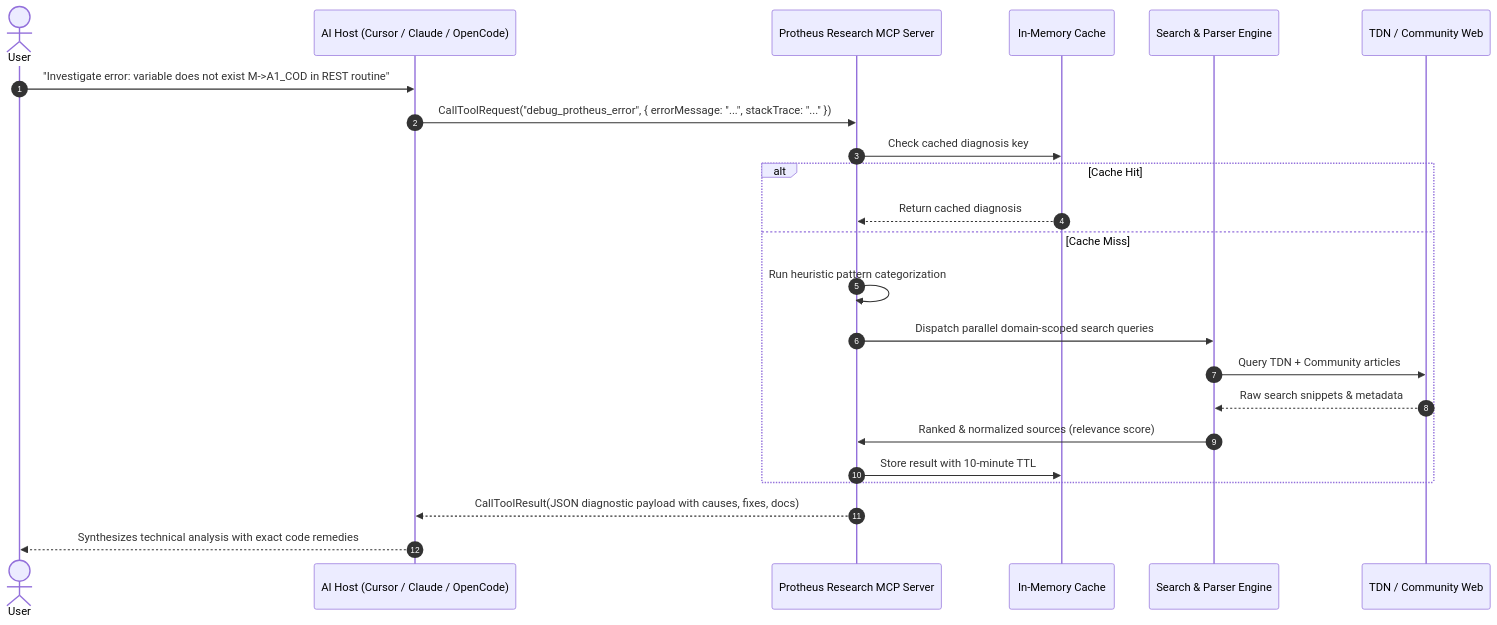
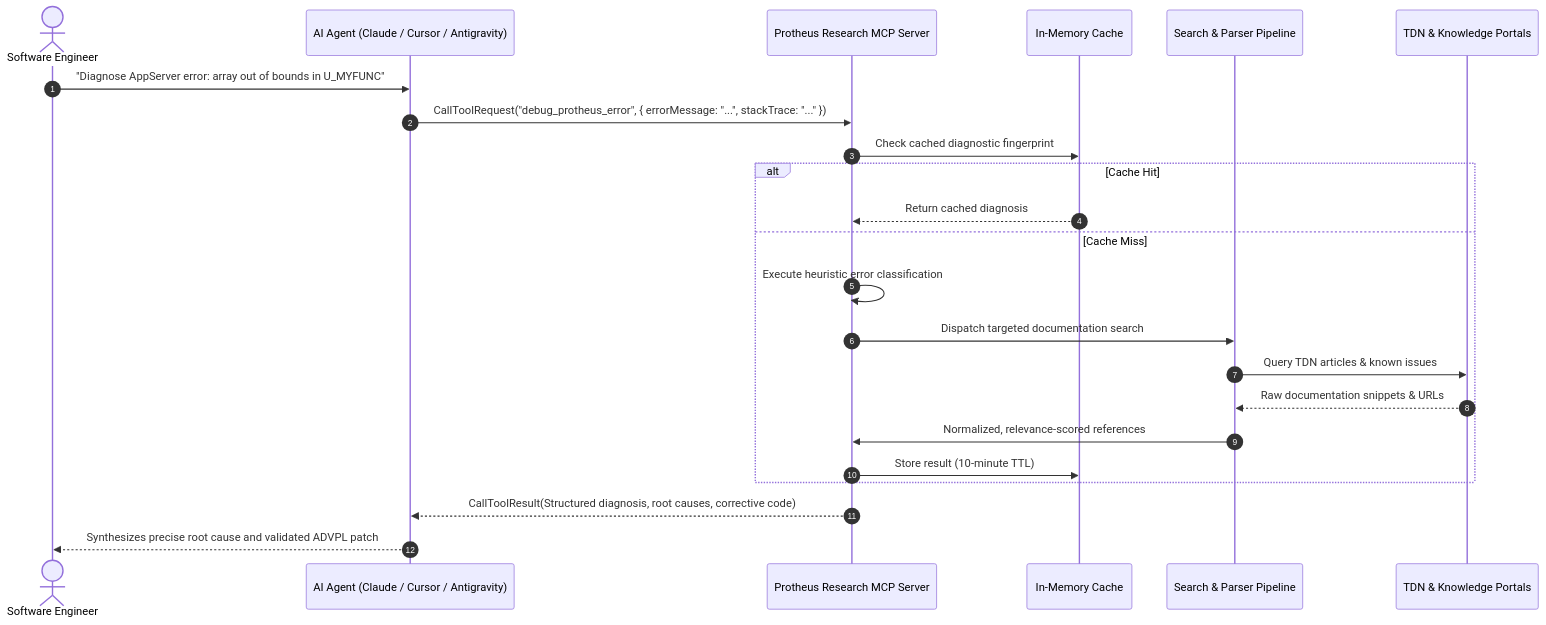
The second of 2 diagrams in README.md (limaduzz11/protheus-research), drawn with Mermaid before and after one commit. The commit also changed other lines of this file and 3 other files, not shown here.

Commit message:
docs(mcp): align architectural concept, remove client wiring guides and set proprietary license

````diff
--- a/README.md
+++ b/README.md
@@ -70,28 +105,28 @@
 ```mermaid
 sequenceDiagram
     autonumber
-    actor User
-    participant Agent as AI Host (Cursor / Claude / OpenCode)
+    actor Engineer as Software Engineer
+    participant Agent as AI Agent (Claude / Cursor / Antigravity)
     participant MCP as Protheus Research MCP Server
     participant Cache as In-Memory Cache
-    participant Engine as Search & Parser Engine
-    participant Sources as TDN / Community Web
+    participant Engine as Search & Parser Pipeline
+    participant Sources as TDN & Knowledge Portals
 
-    User->>Agent: "Investigate error: variable does not exist M->A1_COD in REST routine"
+    Engineer->>Agent: "Diagnose AppServer error: array out of bounds in U_MYFUNC"
     Agent->>MCP: CallToolRequest("debug_protheus_error", { errorMessage: "...", stackTrace: "..." })
     
-    MCP->>Cache: Check cached diagnosis key
+    MCP->>Cache: Check cached diagnostic fingerprint
     alt Cache Hit
         Cache-->>MCP: Return cached diagnosis
     else Cache Miss
-        MCP->>MCP: Run heuristic pattern categorization
-        MCP->>Engine: Dispatch parallel domain-scoped search queries
-        Engine->>Sources: Query TDN + Community articles
-        Sources-->>Engine: Raw search snippets & metadata
-        Engine->>MCP: Ranked & normalized sources (relevance score)
-        MCP->>Cache: Store result with 10-minute TTL
+        MCP->>MCP: Execute heuristic error classification
+        MCP->>Engine: Dispatch targeted documentation search
+        Engine->>Sources: Query TDN articles & known issues
+        Sources-->>Engine: Raw documentation snippets & URLs
+        Engine->>MCP: Normalized, relevance-scored references
+        MCP->>Cache: Store result (10-minute TTL)
     end
 
-    MCP-->>Agent: CallToolResult(JSON diagnostic payload with causes, fixes, docs)
-    Agent-->>User: Synthesizes technical analysis with exact code remedies
+    MCP-->>Agent: CallToolResult(Structured diagnosis, root causes, corrective code)
+    Agent-->>Engineer: Synthesizes precise root cause and validated ADVPL patch
 ```
````
